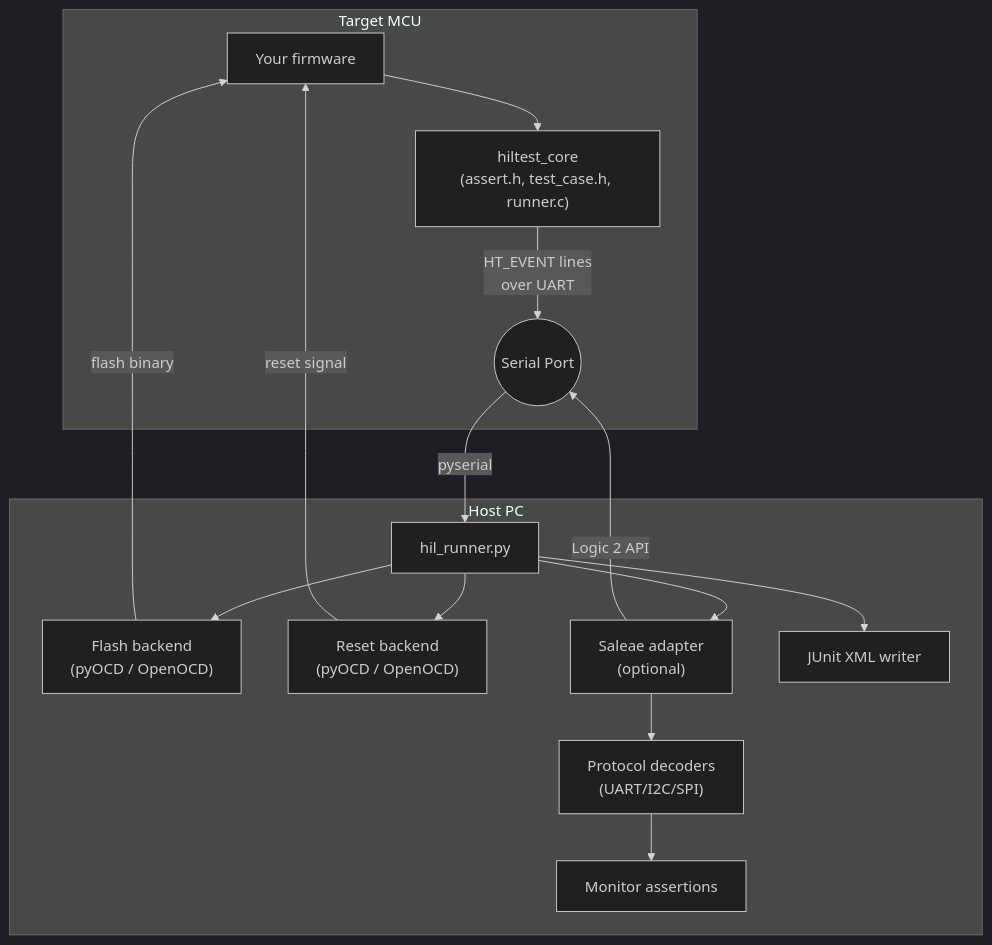
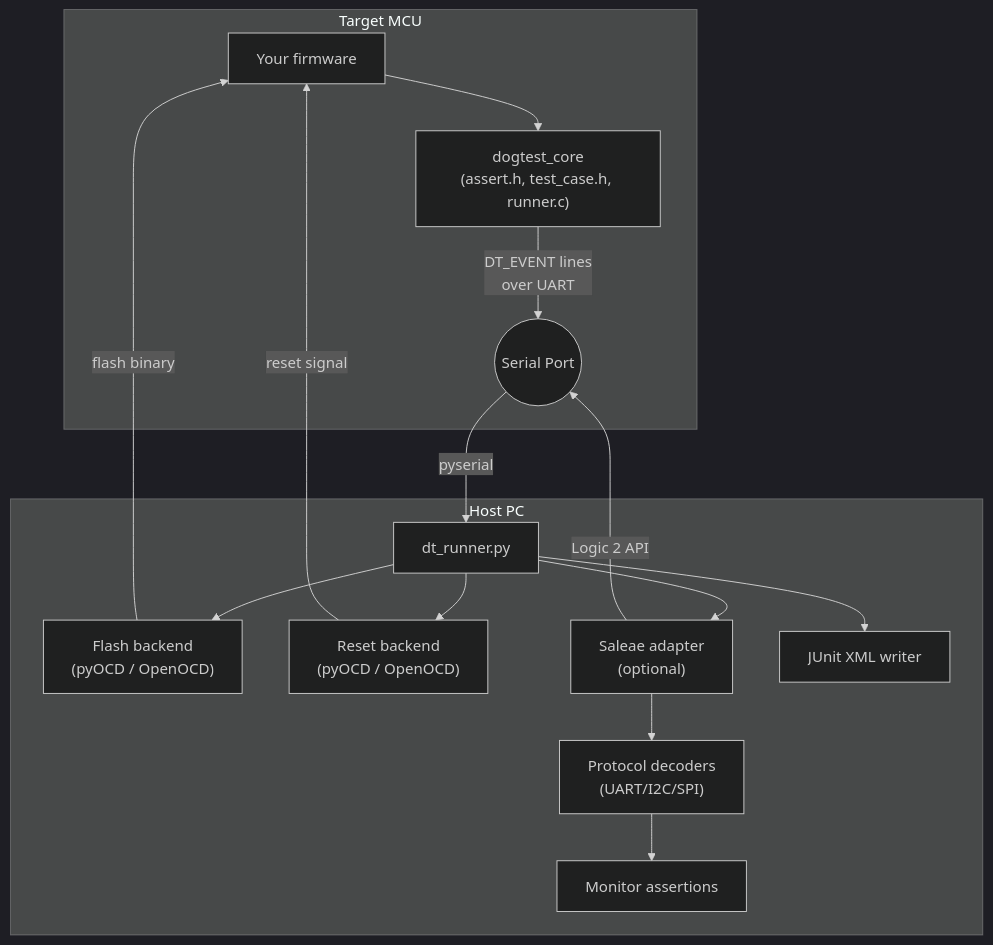
One commit to mr-u0b0dy/dog-test changed the diagram in docs-site/content/en/4.reference/1.architecture.md. Above: the diagram before and after it, drawn with Mermaid (dark theme). The commit also changed other lines of this file and 45 other files, not shown here.

Commit message:
feat: rename HT/HIL branding to DT/dog-test across codebase and docs

````diff
--- a/docs-site/content/en/4.reference/1.architecture.md
+++ b/docs-site/content/en/4.reference/1.architecture.md
@@ -15,31 +15,31 @@
 ```mermaid
 graph TD
     subgraph "Target MCU"
         FW["Your firmware"]
-        LIB["hiltest_core<br/>(assert.h, test_case.h, runner.c)"]
+        LIB["dogtest_core<br/>(assert.h, test_case.h, runner.c)"]
         FW --> LIB
-        LIB -->|"HT_EVENT lines<br/>over UART"| SERIAL((Serial Port))
+        LIB -->|"DT_EVENT lines<br/>over UART"| SERIAL((Serial Port))
     end
 
     subgraph "Host PC"
-        RUNNER["hil_runner.py"]
+        RUNNER["dt_runner.py"]
         FLASH["Flash backend<br/>(pyOCD / OpenOCD)"]
         RESET["Reset backend<br/>(pyOCD / OpenOCD)"]
         SALEAE["Saleae adapter<br/>(optional)"]
         DECODE["Protocol decoders<br/>(UART/I2C/SPI)"]
         ASSERT["Monitor assertions"]
         JUNIT["JUnit XML writer"]
 
         RUNNER --> FLASH
         RUNNER --> RESET
         RUNNER --> SALEAE
         SALEAE --> DECODE
         DECODE --> ASSERT
         RUNNER --> JUNIT
     end
 
     FLASH -->|"flash binary"| FW
     RESET -->|"reset signal"| FW
     SERIAL -->|"pyserial"| RUNNER
     SALEAE -->|"Logic 2 API"| SERIAL
 ```
````
